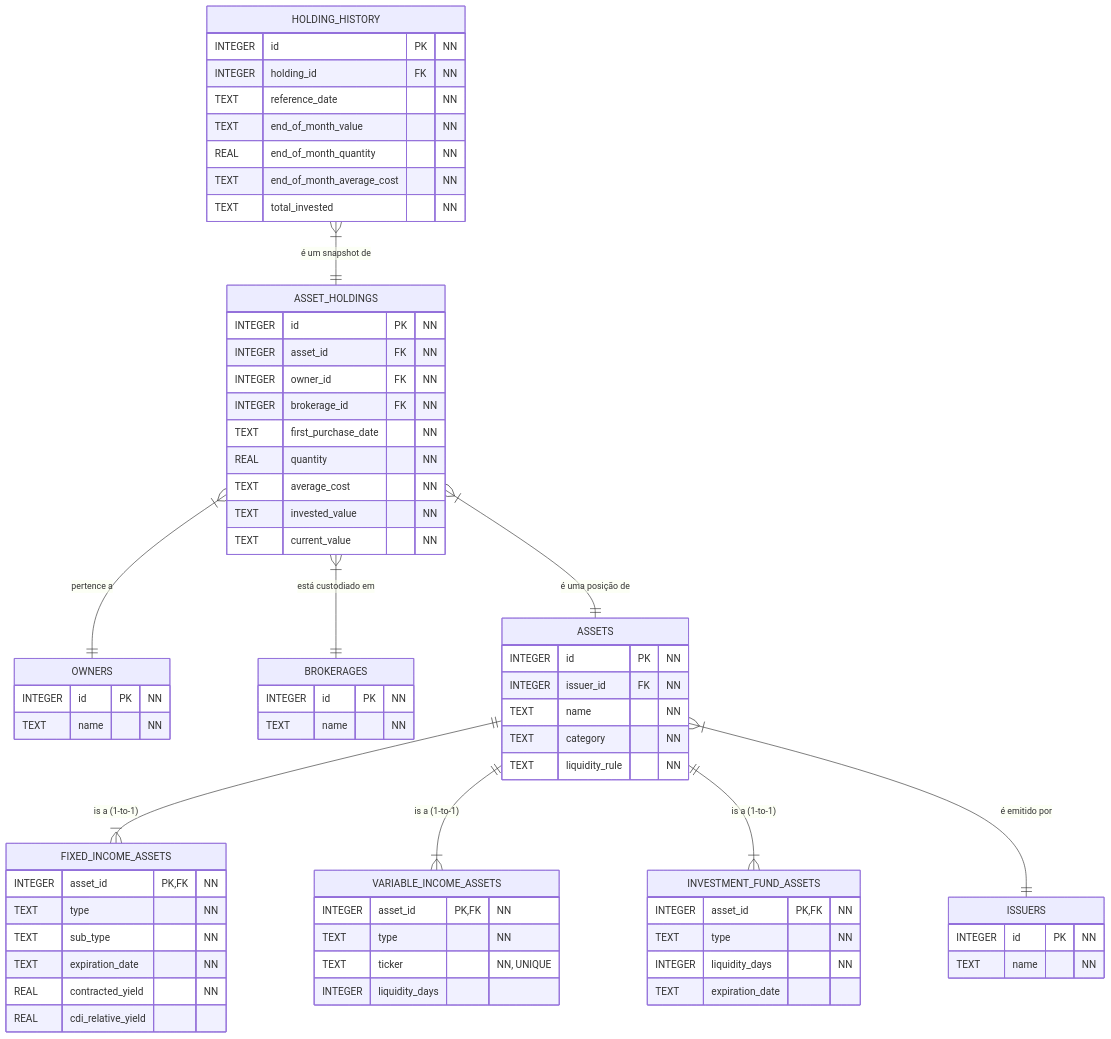
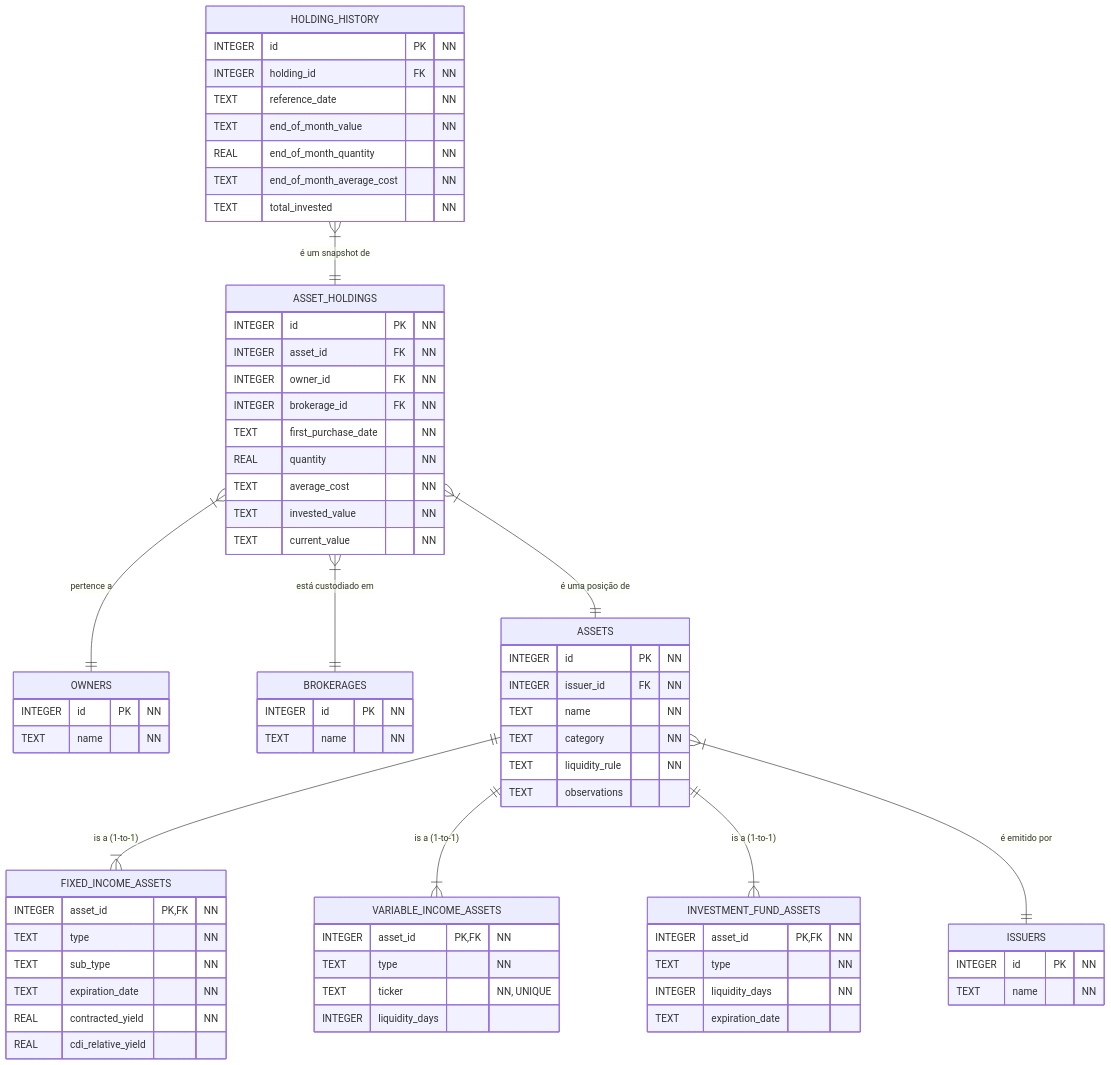
The diagram in docs/Modelagem do Banco de Dados.md (enirsilvaferraz/Investments-KMP), drawn with Mermaid before and after one commit. The commit also changed other lines of this file and 19 other files, not shown here.

````diff
--- a/docs/Modelagem do Banco de Dados.md
+++ b/docs/Modelagem do Banco de Dados.md
@@ -7,71 +7,72 @@
 ```mermaid
 erDiagram
     OWNERS {
         INTEGER id PK "NN"
         TEXT name "NN"
     }
     BROKERAGES {
         INTEGER id PK "NN"
         TEXT name "NN"
     }
     ISSUERS {
         INTEGER id PK "NN"
         TEXT name "NN"
     }
     ASSETS {
         INTEGER id PK "NN"
         INTEGER issuer_id FK "NN"
         TEXT name "NN"
         TEXT category "NN"
         TEXT liquidity_rule "NN"
+        TEXT observations
     }
     FIXED_INCOME_ASSETS {
         INTEGER asset_id PK, FK "NN"
         TEXT type "NN"
         TEXT sub_type "NN"
         TEXT expiration_date "NN"
         REAL contracted_yield "NN"
         REAL cdi_relative_yield
     }
     VARIABLE_INCOME_ASSETS {
         INTEGER asset_id PK, FK "NN"
         TEXT type "NN"
         TEXT ticker "NN, UNIQUE"
         INTEGER liquidity_days
     }
     INVESTMENT_FUND_ASSETS {
         INTEGER asset_id PK, FK "NN"
         TEXT type "NN"
         INTEGER liquidity_days "NN"
         TEXT expiration_date
     }
     ASSET_HOLDINGS {
         INTEGER id PK "NN"
         INTEGER asset_id FK "NN"
         INTEGER owner_id FK "NN"
         INTEGER brokerage_id FK "NN"
         TEXT first_purchase_date "NN"
         REAL quantity "NN"
         TEXT average_cost "NN"
         TEXT invested_value "NN"
         TEXT current_value "NN"
     }
     HOLDING_HISTORY {
         INTEGER id PK "NN"
         INTEGER holding_id FK "NN"
         TEXT reference_date "NN"
         TEXT end_of_month_value "NN"
         REAL end_of_month_quantity "NN"
         TEXT end_of_month_average_cost "NN"
         TEXT total_invested "NN"
     }
 
     ASSETS ||--|{ FIXED_INCOME_ASSETS : "is a (1-to-1)"
     ASSETS ||--|{ VARIABLE_INCOME_ASSETS : "is a (1-to-1)"
     ASSETS ||--|{ INVESTMENT_FUND_ASSETS : "is a (1-to-1)"
     ASSETS }|--|| ISSUERS : "é emitido por"
     ASSET_HOLDINGS }|--|| ASSETS : "é uma posição de"
     ASSET_HOLDINGS }|--|| OWNERS : "pertence a"
     ASSET_HOLDINGS }|--|| BROKERAGES : "está custodiado em"
     HOLDING_HISTORY }|--|| ASSET_HOLDINGS : "é um snapshot de"
 ```
````
